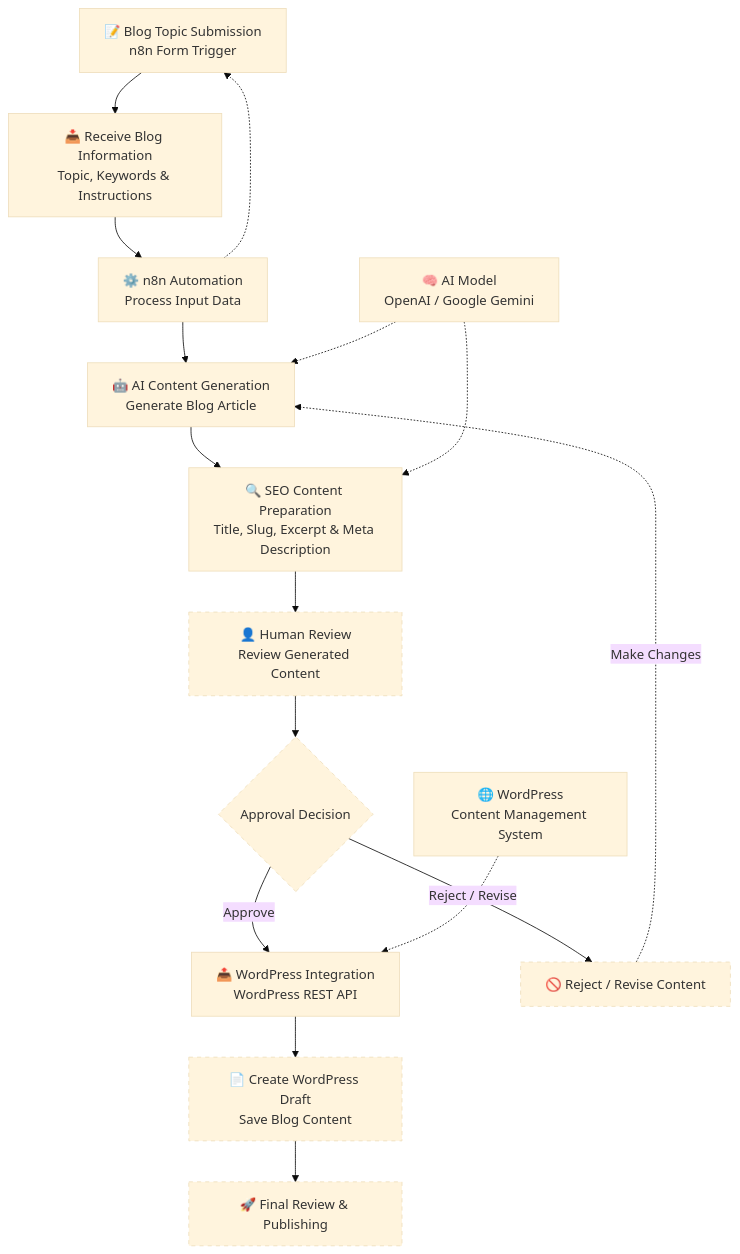
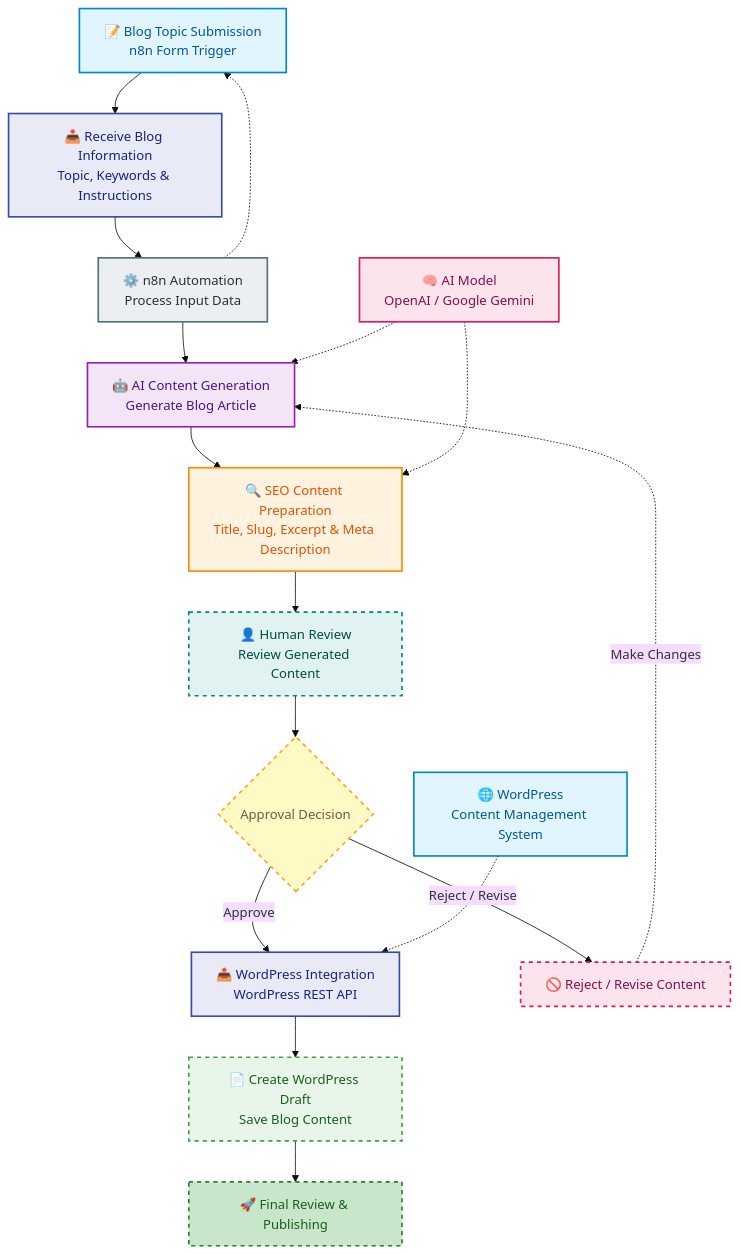
One commit to syedaliabbashamdani/ai-wordpress-blog-automation changed the diagram in README.md. Above: the diagram before and after it, drawn with Mermaid (base theme). The commit also changed other lines of this file, not shown here.

````diff
--- a/README.md
+++ b/README.md
@@ -56,39 +57,54 @@
 ```mermaid
 flowchart TD
     A["📝 Blog Topic Submission<br/>n8n Form Trigger"]
     B["📥 Receive Blog Information<br/>Topic, Keywords & Instructions"]
     C["⚙️ n8n Automation<br/>Process Input Data"]
     D["🤖 AI Content Generation<br/>Generate Blog Article"]
     E["🔍 SEO Content Preparation<br/>Title, Slug, Excerpt & Meta Description"]
     F["👤 Human Review<br/>Review Generated Content"]
     G{"Approval Decision"}
     H["📤 WordPress Integration<br/>WordPress REST API"]
     I["📄 Create WordPress Draft<br/>Save Blog Content"]
     J["🚀 Final Review & Publishing"]
     K["🚫 Reject / Revise Content"]
 
     L["🧠 AI Model<br/>OpenAI / Google Gemini"]
     M["🌐 WordPress<br/>Content Management System"]
 
     A --> B
     B --> C
     C --> D
     D --> E
     E --> F
     F --> G
 
     G -->|Approve| H
     G -->|Reject / Revise| K
     K -.->|Make Changes| D
 
     H --> I
     I --> J
 
     L -.-> D
     L -.-> E
     M -.-> H
     C -.-> A
 
     classDef pending stroke-dasharray: 5 5
+
     class F,G,I,J,K pending
+
+    style A fill:#E1F5FE,stroke:#0288D1,stroke-width:2px,color:#01579B
+    style B fill:#E8EAF6,stroke:#3949AB,stroke-width:2px,color:#1A237E
+    style C fill:#ECEFF1,stroke:#546E7A,stroke-width:2px,color:#263238
+    style D fill:#F3E5F5,stroke:#8E24AA,stroke-width:2px,color:#4A148C
+    style E fill:#FFF3E0,stroke:#FB8C00,stroke-width:2px,color:#E65100
+    style F fill:#E0F2F1,stroke:#00897B,stroke-width:2px,color:#004D40
+    style G fill:#FFF9C4,stroke:#F9A825,stroke-width:2px,color:#795548
+    style H fill:#E8EAF6,stroke:#3949AB,stroke-width:2px,color:#1A237E
+    style I fill:#E8F5E9,stroke:#43A047,stroke-width:2px,color:#1B5E20
+    style J fill:#C8E6C9,stroke:#2E7D32,stroke-width:2px,color:#1B5E20
+    style K fill:#FCE4EC,stroke:#D81B60,stroke-width:2px,color:#880E4F
+    style L fill:#FCE4EC,stroke:#D81B60,stroke-width:2px,color:#880E4F
+    style M fill:#E1F5FE,stroke:#0288D1,stroke-width:2px,color:#01579B
 ```
````
